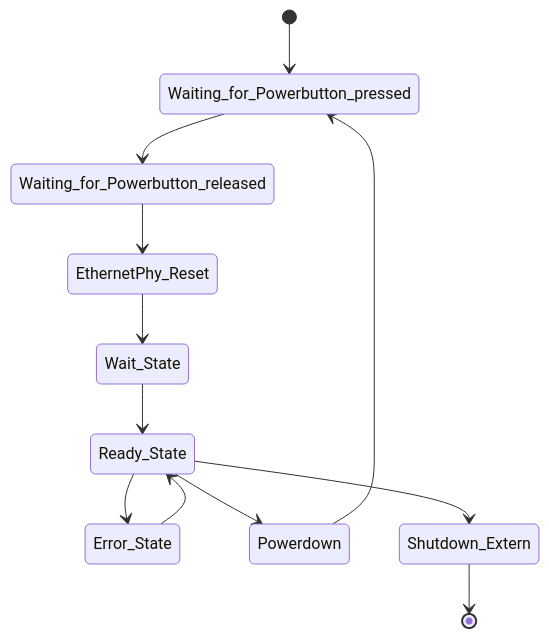
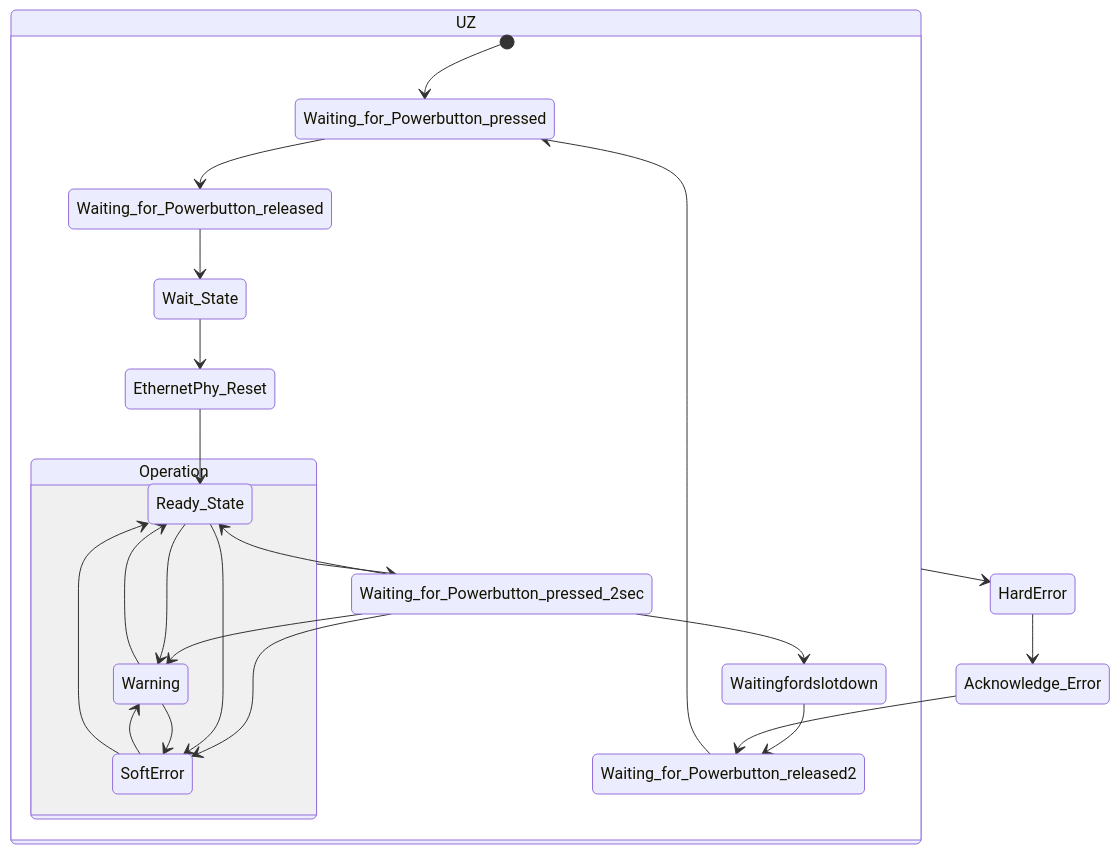
The diagram in docs/source/hardware/carrier_board/carrier_board_rev05/s3c.rst (ultrazohm/ultrazohm_sw), drawn with Mermaid before and after one commit. The commit also changed other lines of this file, not shown here.

Commit message:
working s3c state machine mermaid picture

```diff
--- a/docs/source/hardware/carrier_board/carrier_board_rev05/s3c.rst
+++ b/docs/source/hardware/carrier_board/carrier_board_rev05/s3c.rst
@@ -90,14 +92,29 @@
 .. mermaid::
 
 	stateDiagram-v2
-		[*] --> Waiting_for_Powerbutton_pressed
-		Waiting_for_Powerbutton_pressed --> Waiting_for_Powerbutton_released
-		Waiting_for_Powerbutton_released --> EthernetPhy_Reset
-		EthernetPhy_Reset --> Wait_State 
-		Wait_State --> Ready_State
-		Ready_State --> Error_State
-		Error_State --> Ready_State
-		Ready_State --> Powerdown
-		Powerdown --> Waiting_for_Powerbutton_pressed
-		Ready_State --> Shutdown_Extern
-		Shutdown_Extern --> [*]
+
+	state UZ {	
+	[*] --> Waiting_for_Powerbutton_pressed
+	Waiting_for_Powerbutton_pressed --> Waiting_for_Powerbutton_released
+	Waiting_for_Powerbutton_released --> Wait_State
+	Wait_State --> EthernetPhy_Reset
+	EthernetPhy_Reset--> Ready_State
+	Waiting_for_Powerbutton_pressed_2sec --> Ready_State
+	Waiting_for_Powerbutton_pressed_2sec --> SoftError
+	Waiting_for_Powerbutton_pressed_2sec --> Warning
+	Operation --> Waiting_for_Powerbutton_pressed_2sec
+		state Operation {
+		Ready_State --> Warning
+		Ready_State --> SoftError
+		Warning --> SoftError
+		SoftError --> Warning
+		SoftError --> Ready_State
+		Warning --> Ready_State
+		}
+	Waiting_for_Powerbutton_pressed_2sec --> Waitingfordslotdown
+	Waitingfordslotdown --> Waiting_for_Powerbutton_released2
+	Waiting_for_Powerbutton_released2 --> Waiting_for_Powerbutton_pressed
+	}
+	UZ --> HardError
+	HardError --> Acknowledge_Error
+	Acknowledge_Error --> Waiting_for_Powerbutton_released2
```
